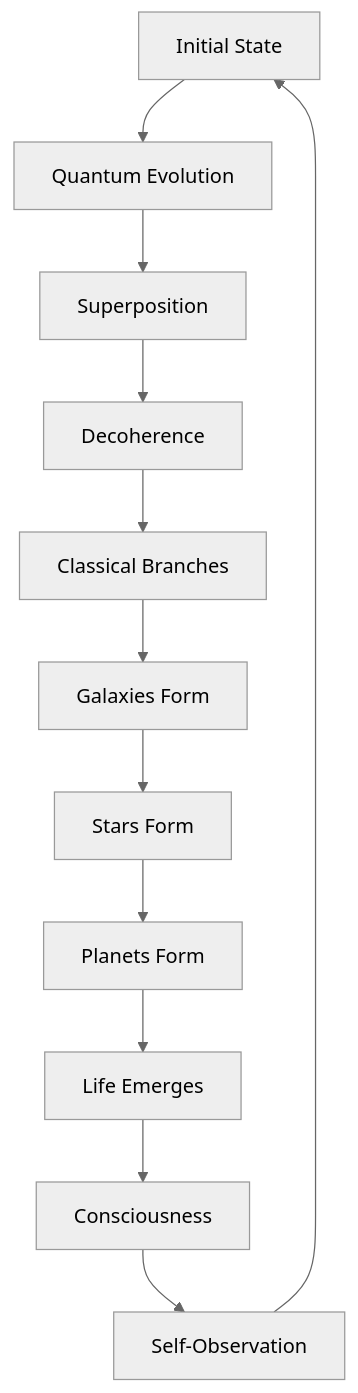
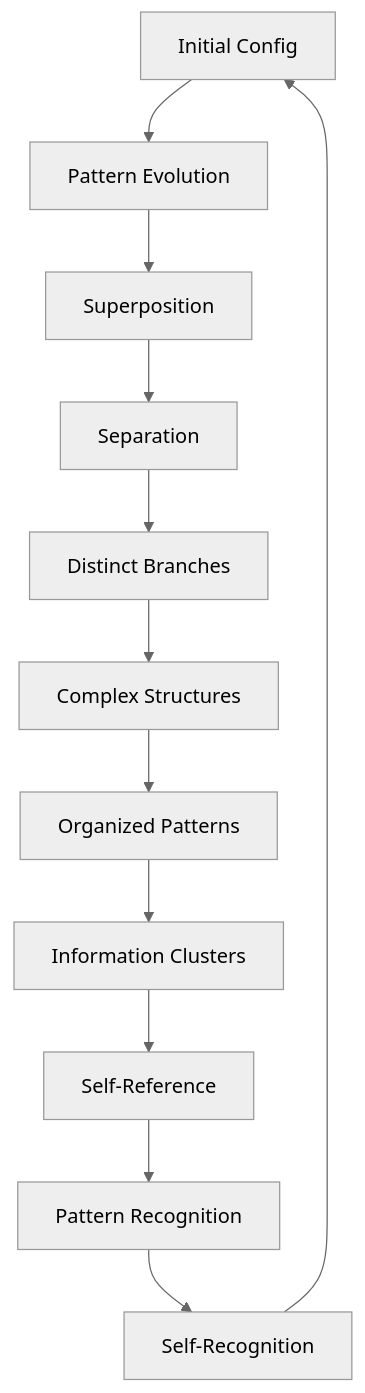
One commit to loning/the-phys changed the first of 2 diagrams in docs/psi-structum/book-1-collapse-ontology/part-04-quantum-gravity/chapter-057-universe-self-collapsing.md. Above: the diagram before and after it, drawn with Mermaid (neutral theme). The commit also changed other lines of this file and 19 other files, not shown here.

````diff
--- a/docs/psi-structum/book-1-collapse-ontology/part-04-quantum-gravity/chapter-057-universe-self-collapsing.md
+++ b/docs/psi-structum/book-1-collapse-ontology/part-04-quantum-gravity/chapter-057-universe-self-collapsing.md
@@ -73,14 +83,14 @@
 ```mermaid
 graph TD
-    A[Initial State] --> B[Quantum Evolution]
+    A[Initial Config] --> B[Pattern Evolution]
     B --> C[Superposition]
-    C --> D[Decoherence]
-    D --> E[Classical Branches]
-    E --> F[Galaxies Form]
-    F --> G[Stars Form]
-    G --> H[Planets Form]
-    H --> I[Life Emerges]
-    I --> J[Consciousness]
-    J --> K[Self-Observation]
+    C --> D[Separation]
+    D --> E[Distinct Branches]
+    E --> F[Complex Structures]
+    F --> G[Organized Patterns]
+    G --> H[Information Clusters]
+    H --> I[Self-Reference]
+    I --> J[Pattern Recognition]
+    J --> K[Self-Recognition]
     K --> A
 ```
````
